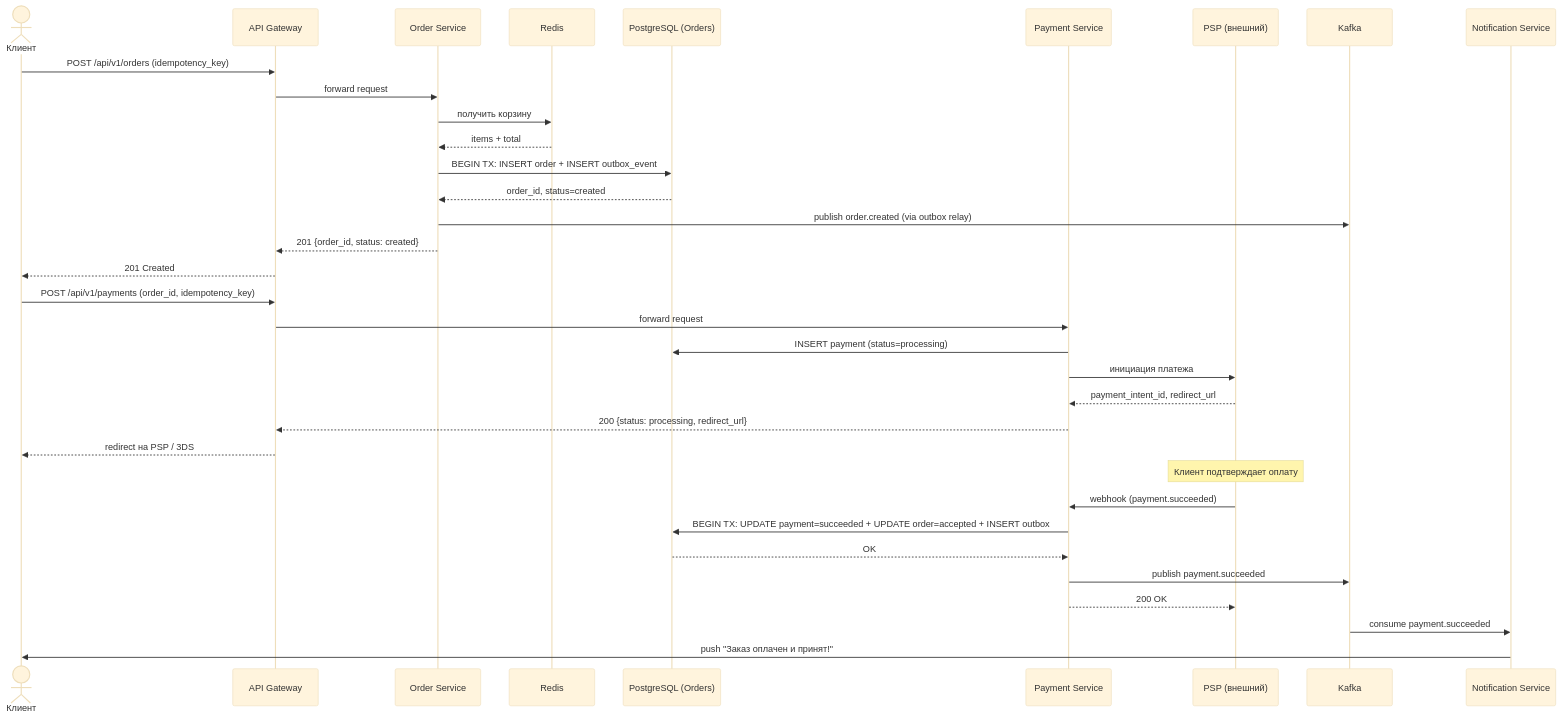
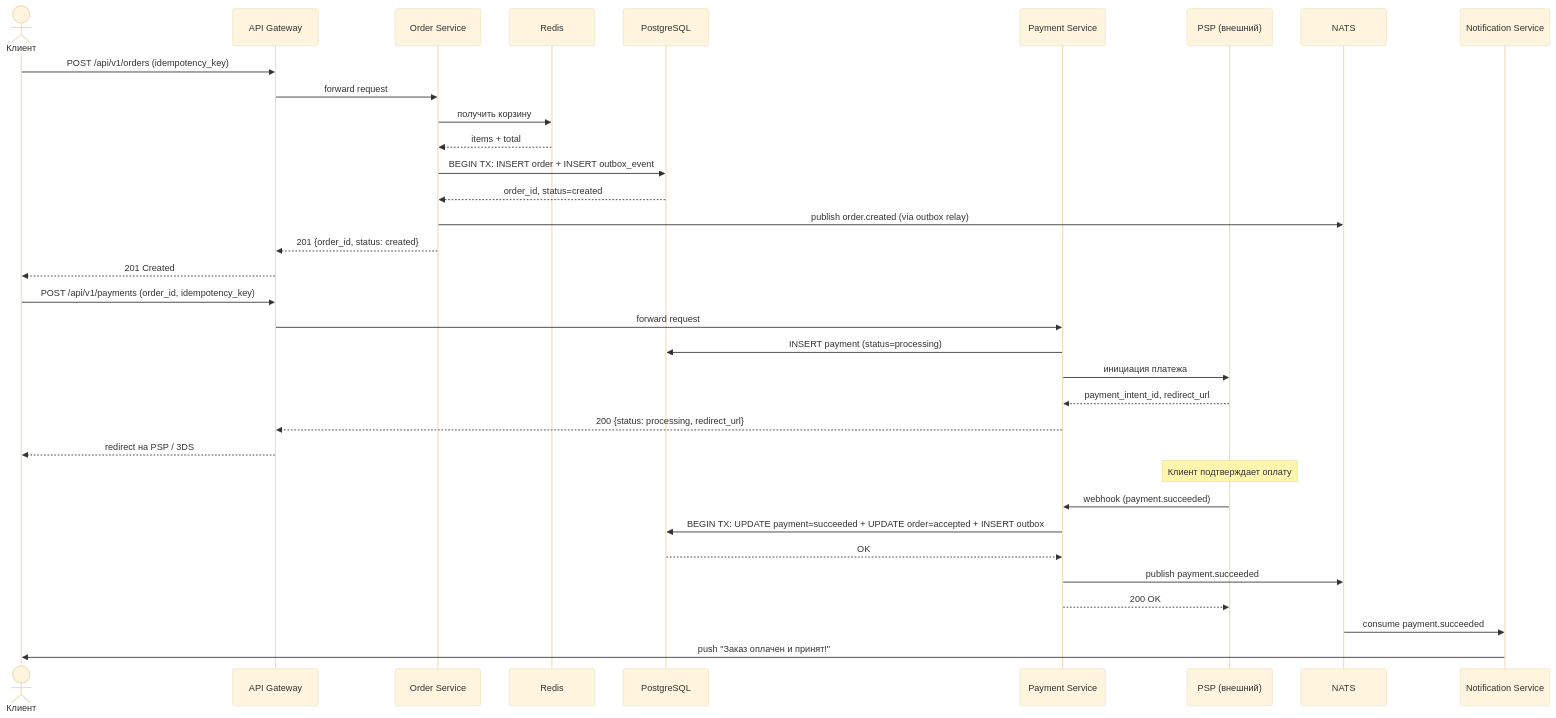
Before and after one commit to ichinosekei/highload: the third of 5 diagrams in docs/architecture.md, drawn with Mermaid (base theme). The commit also changed other lines of this file and 2 other files, not shown here.

````diff
--- a/docs/architecture.md
+++ b/docs/architecture.md
@@ -145,41 +143,41 @@
 ```mermaid
 sequenceDiagram
     actor Client as Клиент
     participant GW as API Gateway
     participant OS as Order Service
     participant Redis as Redis
-    participant PG as PostgreSQL (Orders)
+    participant PG as PostgreSQL
     participant PS as Payment Service
     participant PSP as PSP (внешний)
-    participant Kafka as Kafka
+    participant NATS as NATS
     participant NS as Notification Service
 
     Client->>GW: POST /api/v1/orders (idempotency_key)
     GW->>OS: forward request
     OS->>Redis: получить корзину
     Redis-->>OS: items + total
     OS->>PG: BEGIN TX: INSERT order + INSERT outbox_event
     PG-->>OS: order_id, status=created
-    OS->>Kafka: publish order.created (via outbox relay)
+    OS->>NATS: publish order.created (via outbox relay)
     OS-->>GW: 201 {order_id, status: created}
     GW-->>Client: 201 Created
 
     Client->>GW: POST /api/v1/payments (order_id, idempotency_key)
     GW->>PS: forward request
     PS->>PG: INSERT payment (status=processing)
     PS->>PSP: инициация платежа
     PSP-->>PS: payment_intent_id, redirect_url
     PS-->>GW: 200 {status: processing, redirect_url}
     GW-->>Client: redirect на PSP / 3DS
 
     Note over PSP: Клиент подтверждает оплату
 
     PSP->>PS: webhook (payment.succeeded)
     PS->>PG: BEGIN TX: UPDATE payment=succeeded + UPDATE order=accepted + INSERT outbox
     PG-->>PS: OK
-    PS->>Kafka: publish payment.succeeded
+    PS->>NATS: publish payment.succeeded
     PS-->>PSP: 200 OK
 
-    Kafka->>NS: consume payment.succeeded
+    NATS->>NS: consume payment.succeeded
     NS->>Client: push "Заказ оплачен и принят!"
 ```
````
